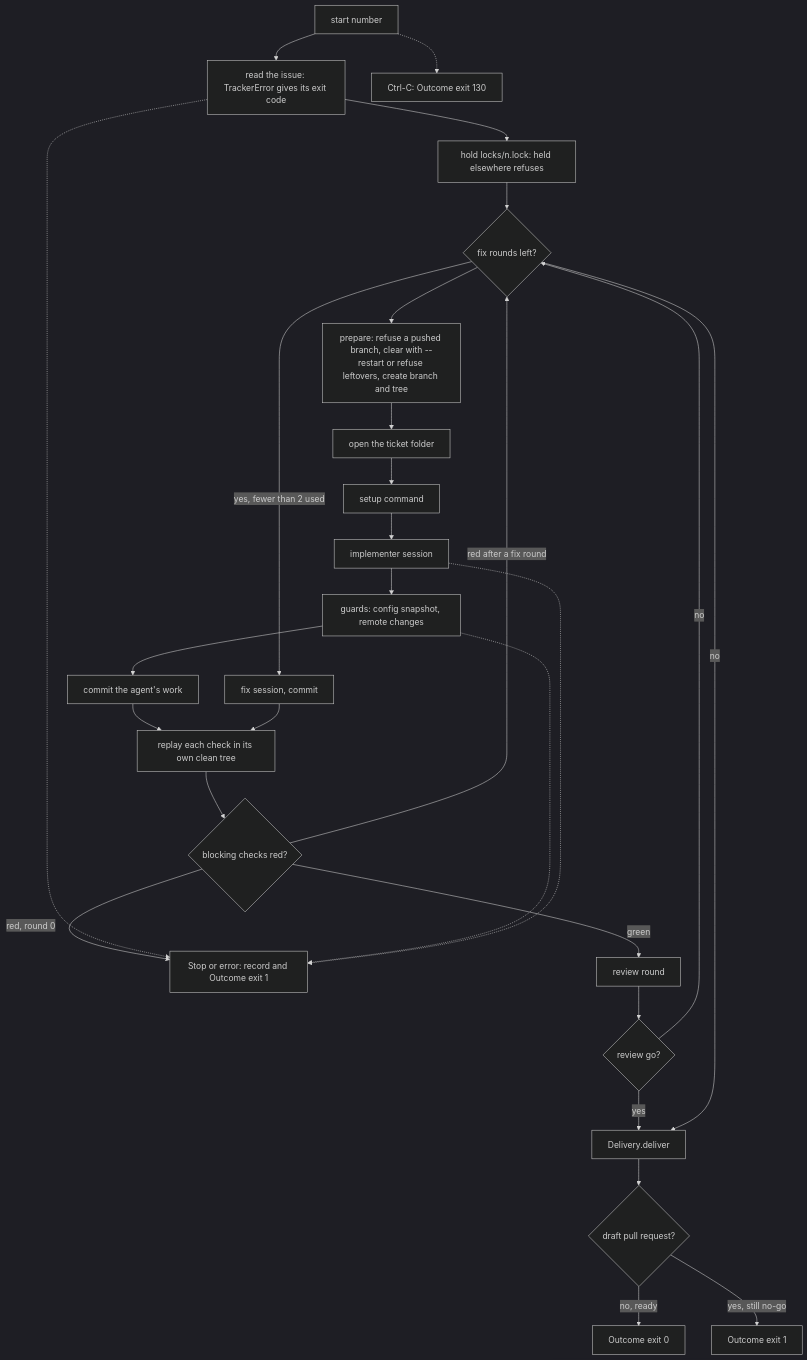
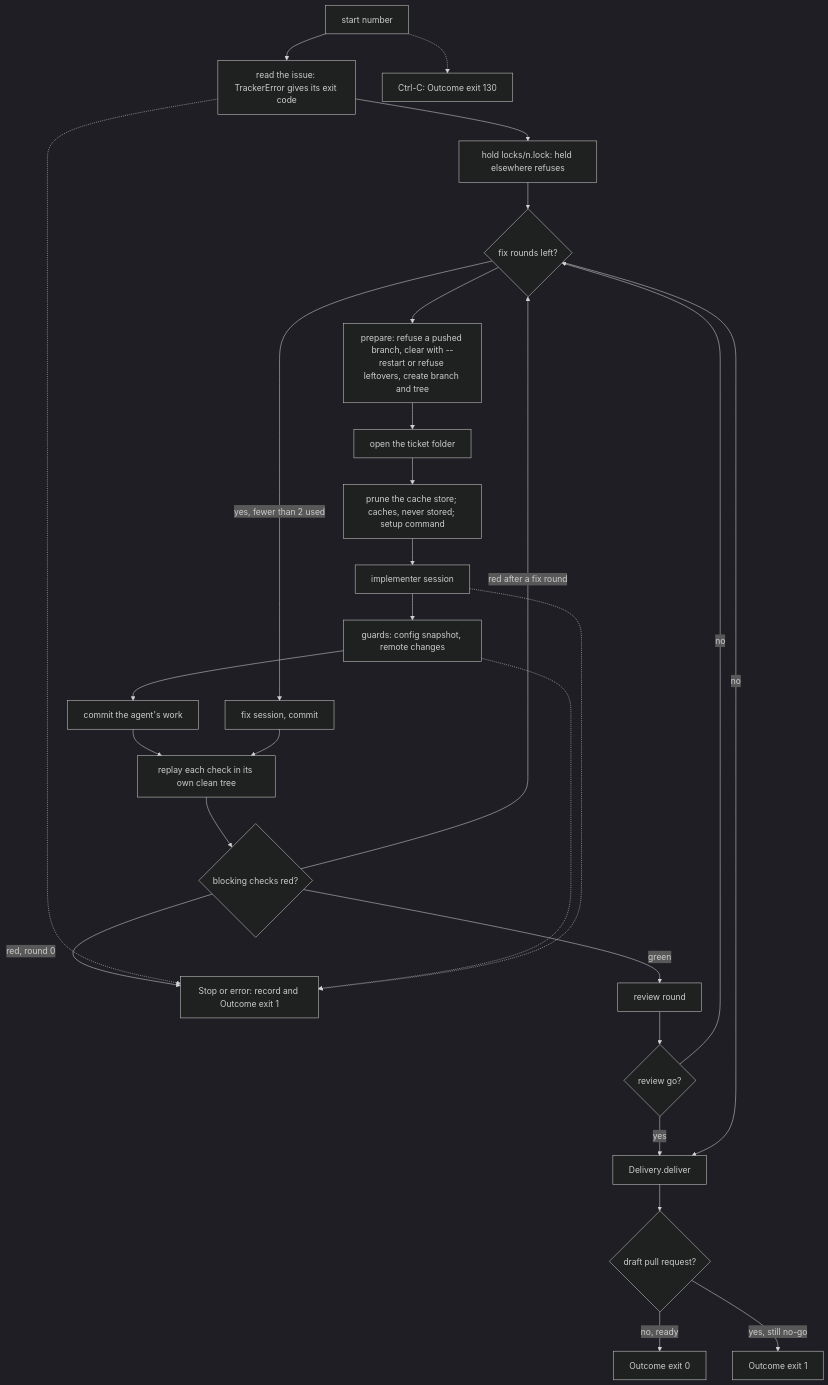
The first of 3 diagrams in docs/architecture/modules/flow.md (plaplanche/ariane), drawn with Mermaid (dark theme) before and after one commit. The commit also changed other lines of this file and 23 other files, not shown here.

Commit message:
#209: Dependency cache for the replay: folders stored by lock-file content, copied instead of reinstalled (C9)

````diff
--- a/docs/architecture/modules/flow.md
+++ b/docs/architecture/modules/flow.md
@@ -51,29 +52,29 @@
 ```mermaid
 flowchart TD
   A[start number] --> B[read the issue: TrackerError gives its exit code]
   B --> LK[hold locks/n.lock: held elsewhere refuses]
   LK --> R[register the run in runs/n, removed however it ends]
   R --> C[prepare: refuse a pushed branch, clear with --restart or refuse leftovers, create branch and tree]
   C --> D[open the ticket folder]
-  D --> E[setup command]
+  D --> E[prune the cache store; caches, never stored; setup command]
   E --> F[implementer session]
   F --> G[guards: config snapshot, remote changes]
   G --> H[commit the agent's work]
   H --> I[replay each check in its own clean tree]
   I --> K{blocking checks red?}
   K -- "red, round 0" --> S
   K -- green --> J[review round]
   K -- "red after a fix round" --> R{fix rounds left?}
   J --> G2{review go?}
   G2 -- no --> R
   G2 -- yes --> M[Delivery.deliver]
   R -- "yes, fewer than 2 used" --> L[fix session, commit] --> I
   R -- no --> M
   M --> N{draft pull request?}
   N -- no, ready --> O[Outcome exit 0]
   N -- yes, still no-go --> P[Outcome exit 1]
   B -.-> S[Stop or error: record and Outcome exit 1]
   G -.-> S
   F -.-> S
   A -.-> T[Ctrl-C: Outcome exit 130]
 ```
````
